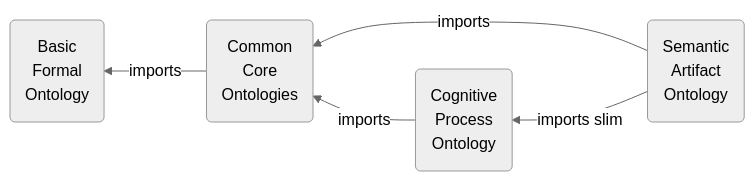
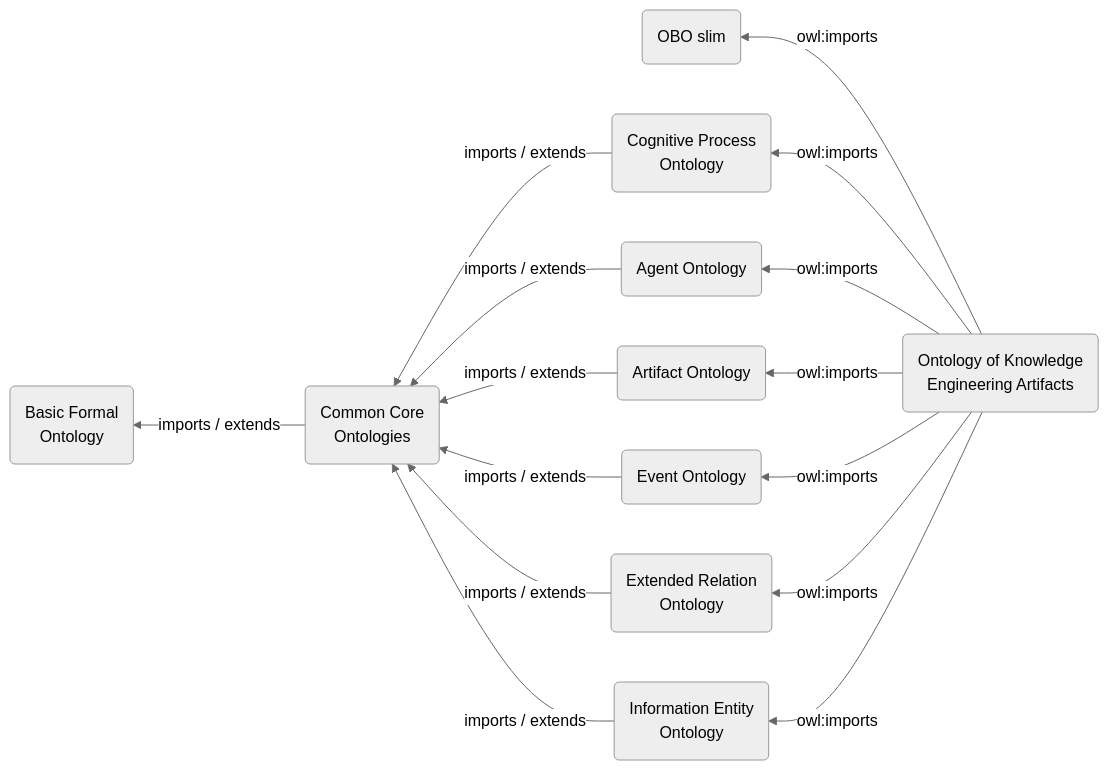
One commit to jonathanvajda/ontology-of-knowledge-engineering-artifacts changed the first of 2 diagrams in README.md. Above: the diagram before and after it, drawn with Mermaid (neutral theme). The commit also changed other lines of this file and 12 other files, not shown here.

Commit message:
Documention update, mermaid design patterns, MkDocs publication

````diff
--- a/README.md
+++ b/README.md
@@ -5,8 +9,29 @@
 ```mermaid
-flowchart RL;
-    SAO(Semantic<br>Artifact<br>Ontology) --imports slim--> CPO
-    SAO --imports--> CCO
-    CPO(Cognitive<br>Process<br>Ontology) --imports--> CCO
-    CCO(Common<br>Core<br>Ontologies) --imports--> BFO
-    BFO(Basic<br>Formal<br>Ontology)
+flowchart RL
+    OKEA(Ontology of Knowledge<br>Engineering Artifacts)
+    OBO(OBO slim)
+    CPO(Cognitive Process<br>Ontology)
+    Agent(Agent Ontology)
+    Artifact(Artifact Ontology)
+    Event(Event Ontology)
+    ERO(Extended Relation<br>Ontology)
+    IEO(Information Entity<br>Ontology)
+    CCO(Common Core<br>Ontologies)
+    BFO(Basic Formal<br>Ontology)
+
+    OKEA -- owl:imports --> OBO
+    OKEA -- owl:imports --> CPO
+    OKEA -- owl:imports --> Agent
+    OKEA -- owl:imports --> Artifact
+    OKEA -- owl:imports --> Event
+    OKEA -- owl:imports --> ERO
+    OKEA -- owl:imports --> IEO
+
+    CPO -- imports / extends --> CCO
+    Agent -- imports / extends --> CCO
+    Artifact -- imports / extends --> CCO
+    Event -- imports / extends --> CCO
+    ERO -- imports / extends --> CCO
+    IEO -- imports / extends --> CCO
+    CCO -- imports / extends --> BFO
 ```
````
